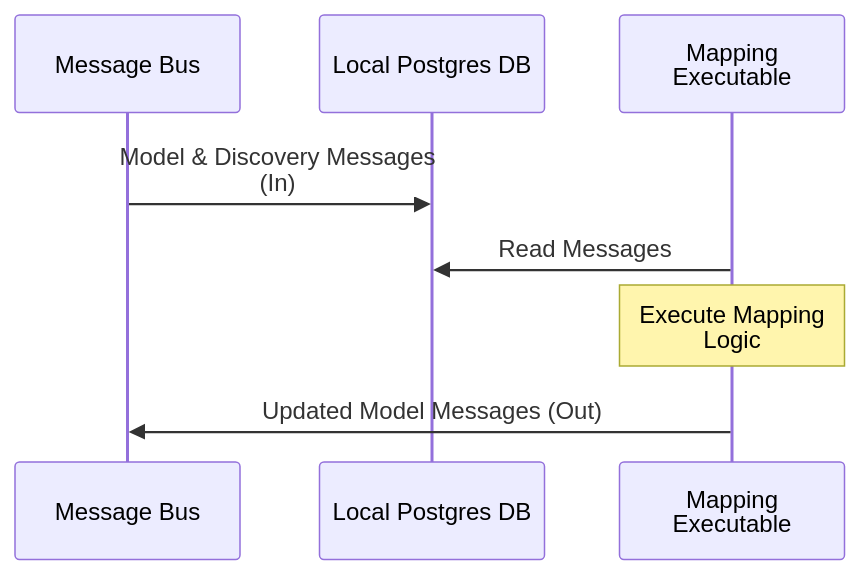
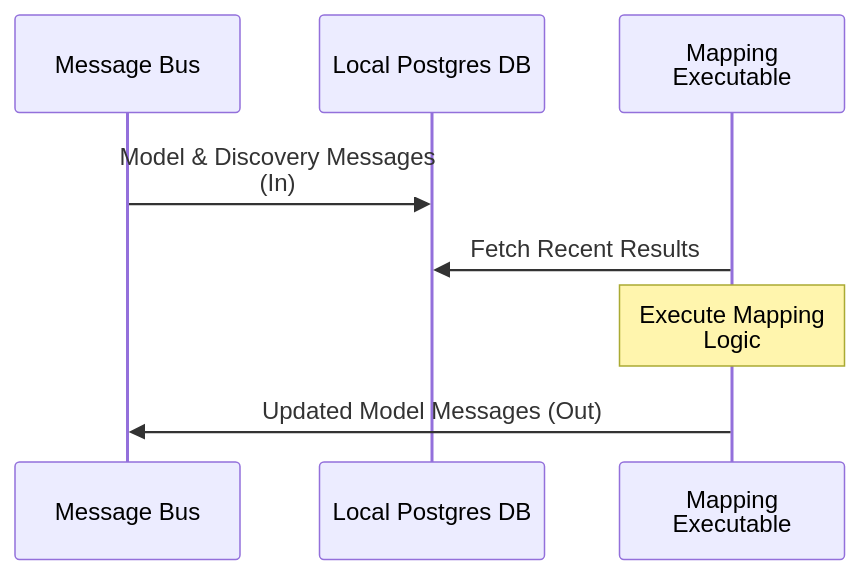
The second of 2 diagrams in docs/specs/mapping.md (faucetsdn/udmi), drawn with Mermaid before and after one commit. The commit also changed other lines of this file and 4 other files, not shown here.

Commit message:
Updating flows

````diff
--- a/docs/specs/mapping.md
+++ b/docs/specs/mapping.md
@@ -59,12 +59,12 @@
 ```mermaid
 sequenceDiagram
   %%{wrap}%%
   participant MessageBus as Message Bus
   participant Postgres as Local Postgres DB
   participant Logic as Mapping Executable
   
   MessageBus->>Postgres: Model & Discovery Messages (In)
-  Logic->>Postgres: Read Messages
+  Logic->>Postgres: Fetch Recent Results
   Note over Logic: Execute Mapping Logic
   Logic->>MessageBus: Updated Model Messages (Out)
 ```
````
